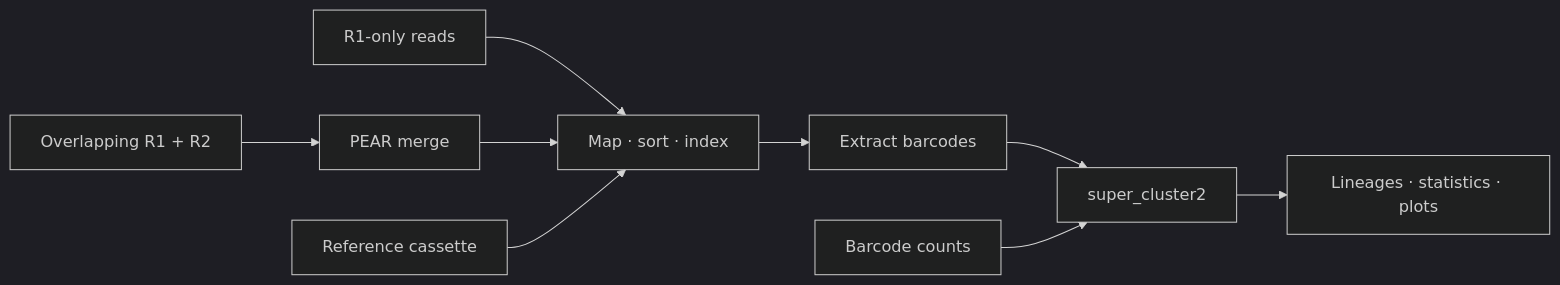
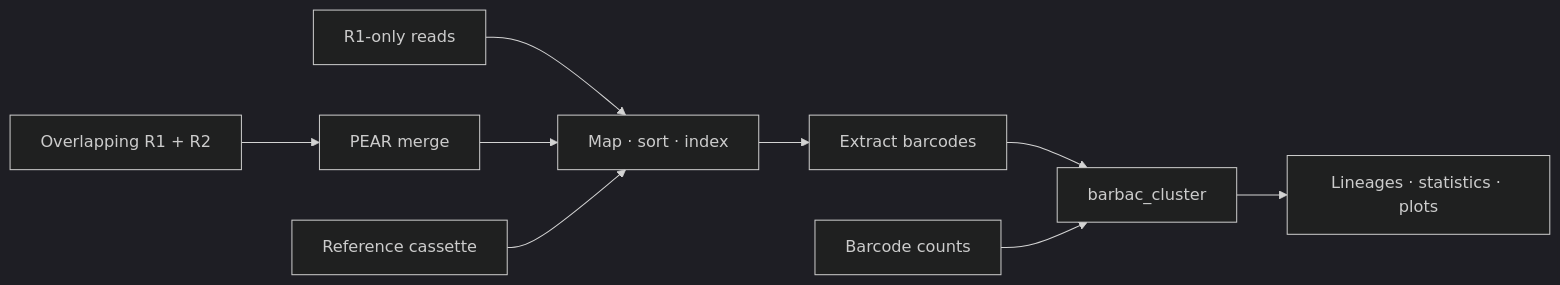
One commit to loukesio/barbac changed the diagram in README.md. Above: the diagram before and after it, drawn with Mermaid (dark theme). The commit also changed other lines of this file and 21 other files, not shown here.

````diff
--- a/README.md
+++ b/README.md
@@ -76,10 +76,10 @@
 ```mermaid
 flowchart LR
     R1["R1-only reads"] --> Map["Map · sort · index"]
     PE["Overlapping R1 + R2"] --> Merge["PEAR merge"] --> Map
     Ref["Reference cassette"] --> Map
     Map --> Extract["Extract barcodes"]
-    Extract --> Cluster["super_cluster2"]
+    Extract --> Cluster["barbac_cluster"]
     Counts["Barcode counts"] --> Cluster
     Cluster --> Results["Lineages · statistics · plots"]
 ```
````
